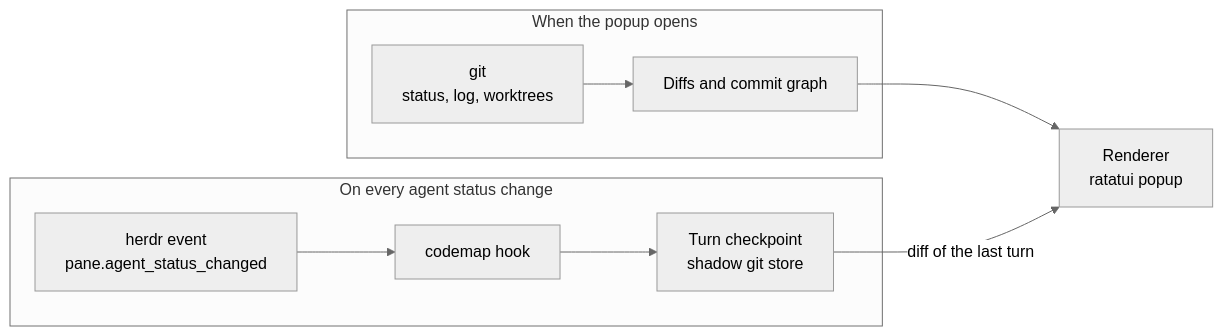
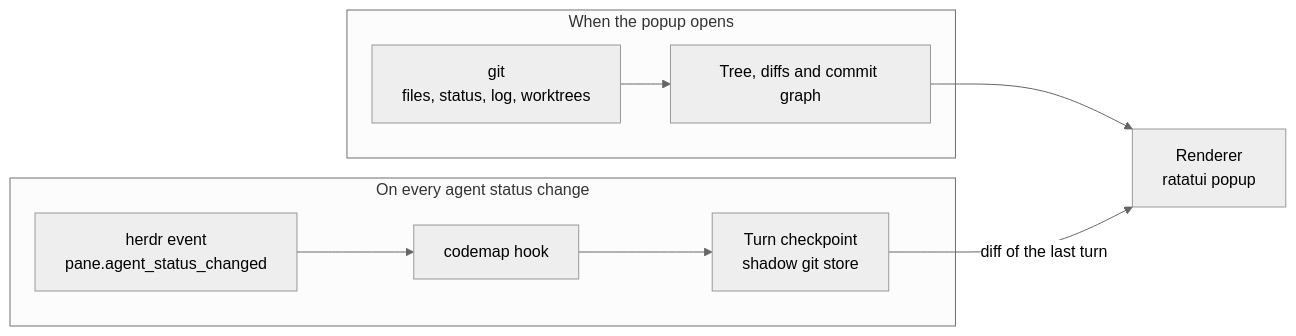
The diagram in README.md (Jenish-Shobhit/codeMap), drawn with Mermaid (neutral theme) before and after one commit. The commit also changed other lines of this file and 18 other files, not shown here.

````diff
--- a/README.md
+++ b/README.md
@@ -223,12 +253,12 @@
 ```mermaid
 flowchart LR
     subgraph read["When the popup opens"]
-        git["git<br/>status, log, worktrees"] --> diff["Diffs and commit graph"]
+        git["git<br/>files, status, log, worktrees"] --> diff["Tree, diffs and commit graph"]
     end
     subgraph record["On every agent status change"]
         event["herdr event<br/>pane.agent_status_changed"] --> hook["codemap hook"]
         hook --> checkpoint["Turn checkpoint<br/>shadow git store"]
     end
     diff --> render["Renderer<br/>ratatui popup"]
     checkpoint -- "diff of the last turn" --> render
 ```
````
